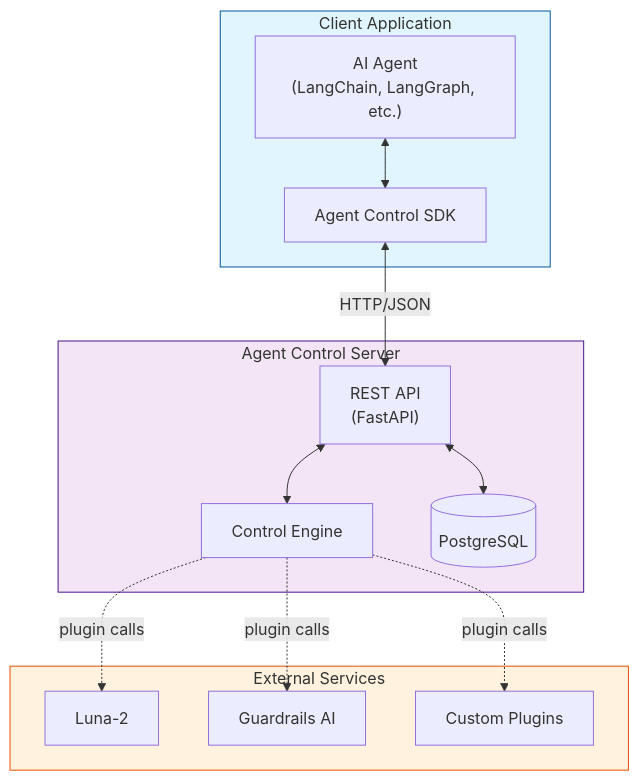
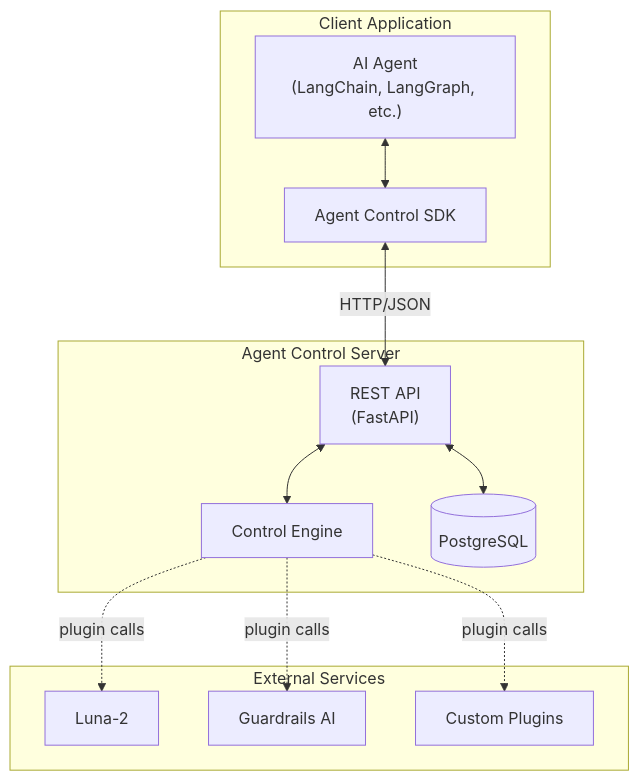
Before and after one commit to agentcontrol/agent-control: the first of 2 diagrams in diagrams/01-system-overview.md, drawn with Mermaid. The commit also changed other lines of this file and 9 other files, not shown here.

````diff
--- a/diagrams/01-system-overview.md
+++ b/diagrams/01-system-overview.md
@@ -7,31 +7,27 @@
 ```mermaid
 flowchart TB
     subgraph client["Client Application"]
         agent["AI Agent<br/>(LangChain, LangGraph, etc.)"]
         sdk["Agent Control SDK"]
     end
 
     subgraph server["Agent Control Server"]
         api["REST API<br/>(FastAPI)"]
         engine["Control Engine"]
         db[(PostgreSQL)]
     end
 
     subgraph external["External Services"]
         luna["Luna-2"]
         guardrails["Guardrails AI"]
         custom["Custom Plugins"]
     end
 
     agent <--> sdk
     sdk <-->|HTTP/JSON| api
     api <--> engine
     api <--> db
     engine -.->|plugin calls| luna
     engine -.->|plugin calls| guardrails
     engine -.->|plugin calls| custom
-
-    style client fill:#e1f5fe,stroke:#01579b
-    style server fill:#f3e5f5,stroke:#4a148c
-    style external fill:#fff3e0,stroke:#e65100
 ```
````
